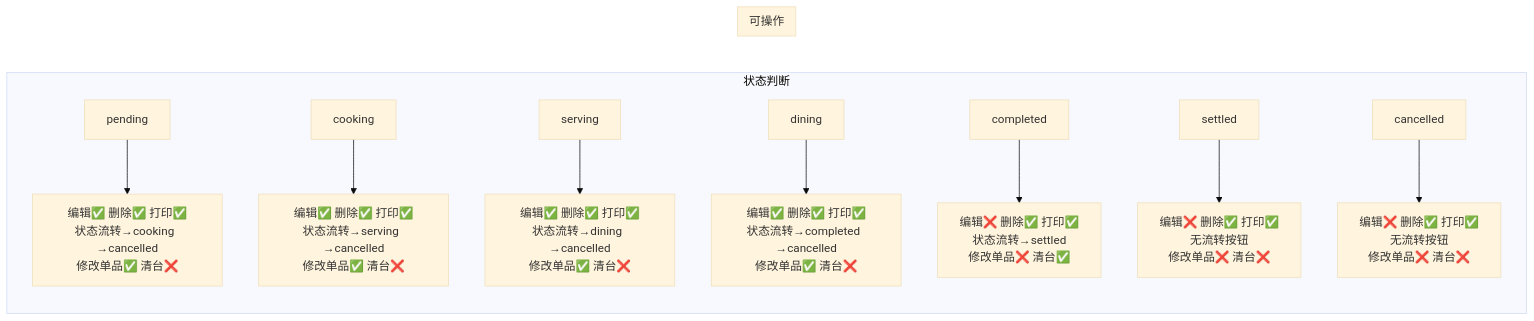
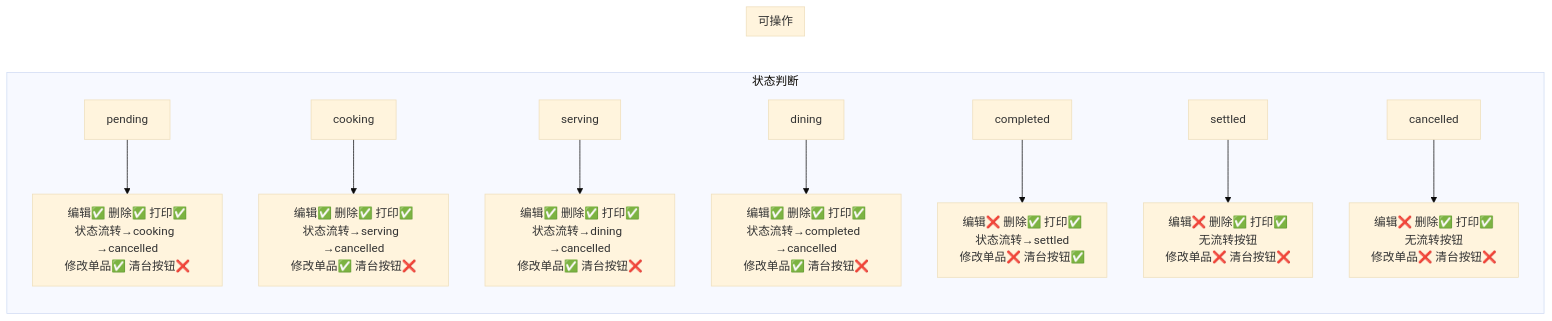
One commit to Franklee1113/restaurant-pos-vue changed the sixth of 16 diagrams in docs/BUSINESS_PROCESS_FLOW.md. Above: the diagram before and after it, drawn with Mermaid (base theme). The commit also changed other lines of this file and 4 other files, not shown here.

````diff
--- a/docs/BUSINESS_PROCESS_FLOW.md
+++ b/docs/BUSINESS_PROCESS_FLOW.md
@@ -188,22 +188,22 @@
 ```mermaid
 flowchart LR
     subgraph 状态判断
         S1[pending] --> OP1
         S2[cooking] --> OP2
         S3[serving] --> OP3
         S4[dining] --> OP4
         S5[completed] --> OP5
         S6[settled] --> OP6
         S7[cancelled] --> OP7
     end
 
     subgraph 可操作
-        OP1[编辑✅ 删除✅ 打印✅<br/>状态流转→cooking  →cancelled<br/>修改单品✅ 清台❌]
-        OP2[编辑✅ 删除✅ 打印✅<br/>状态流转→serving  →cancelled<br/>修改单品✅ 清台❌]
-        OP3[编辑✅ 删除✅ 打印✅<br/>状态流转→dining  →cancelled<br/>修改单品✅ 清台❌]
-        OP4[编辑✅ 删除✅ 打印✅<br/>状态流转→completed  →cancelled<br/>修改单品✅ 清台❌]
-        OP5[编辑❌ 删除✅ 打印✅<br/>状态流转→settled<br/>修改单品❌ 清台✅]
-        OP6[编辑❌ 删除✅ 打印✅<br/>无流转按钮<br/>修改单品❌ 清台❌]
-        OP7[编辑❌ 删除✅ 打印✅<br/>无流转按钮<br/>修改单品❌ 清台❌]
+        OP1[编辑✅ 删除✅ 打印✅<br/>状态流转→cooking  →cancelled<br/>修改单品✅ 清台按钮❌]
+        OP2[编辑✅ 删除✅ 打印✅<br/>状态流转→serving  →cancelled<br/>修改单品✅ 清台按钮❌]
+        OP3[编辑✅ 删除✅ 打印✅<br/>状态流转→dining  →cancelled<br/>修改单品✅ 清台按钮❌]
+        OP4[编辑✅ 删除✅ 打印✅<br/>状态流转→completed  →cancelled<br/>修改单品✅ 清台按钮❌]
+        OP5[编辑❌ 删除✅ 打印✅<br/>状态流转→settled<br/>修改单品❌ 清台按钮✅]
+        OP6[编辑❌ 删除✅ 打印✅<br/>无流转按钮<br/>修改单品❌ 清台按钮❌]
+        OP7[编辑❌ 删除✅ 打印✅<br/>无流转按钮<br/>修改单品❌ 清台按钮❌]
     end
 ```
````
